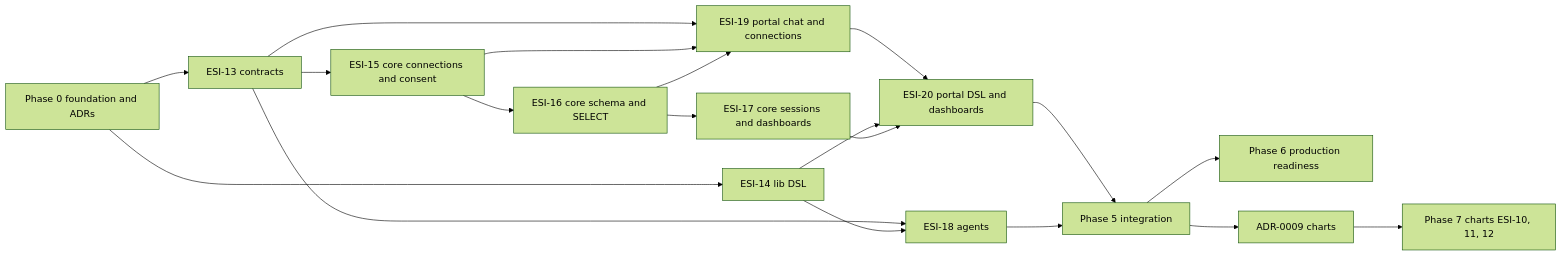
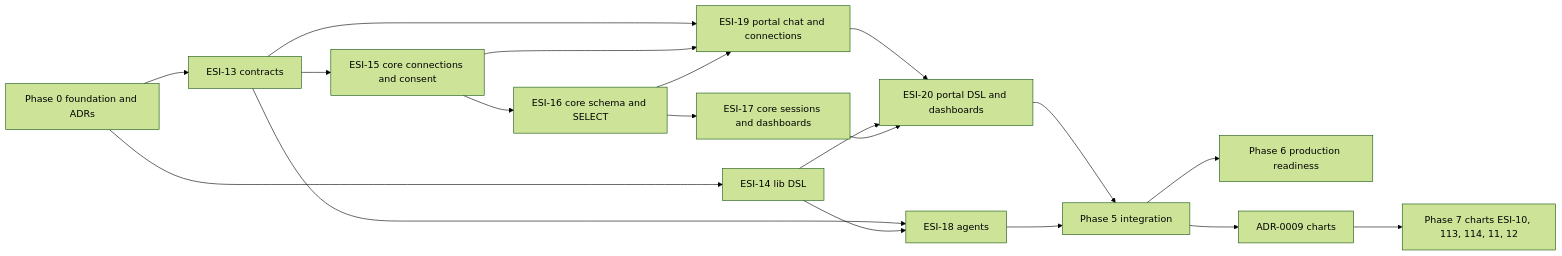
The diagram in docs/plan/README.md (dtnam0899/edge-side-includes), drawn with Mermaid (forest theme) before and after one commit. The commit also changed other lines of this file and 7 other files, not shown here.

First line of the commit message:
docs(esi): accept ADR-0009 with the product owner's answers

````diff
--- a/docs/plan/README.md
+++ b/docs/plan/README.md
@@ -38,21 +38,21 @@
 ```mermaid
 flowchart LR
   P0[Phase 0 foundation and ADRs] --> E13[ESI-13 contracts]
   P0 --> E14[ESI-14 lib DSL]
   E13 --> E15[ESI-15 core connections and consent]
   E15 --> E16[ESI-16 core schema and SELECT]
   E16 --> E17[ESI-17 core sessions and dashboards]
   E13 --> E18[ESI-18 agents]
   E14 --> E18
   E13 --> E19[ESI-19 portal chat and connections]
   E15 --> E19
   E16 --> E19
   E19 --> E20[ESI-20 portal DSL and dashboards]
   E14 --> E20
   E17 --> E20
   E20 --> INT[Phase 5 integration]
   E18 --> INT
   INT --> PROD[Phase 6 production readiness]
   INT --> ADR9[ADR-0009 charts]
-  ADR9 --> CH[Phase 7 charts ESI-10, 11, 12]
+  ADR9 --> CH[Phase 7 charts ESI-10, 113, 114, 11, 12]
 ```
````
